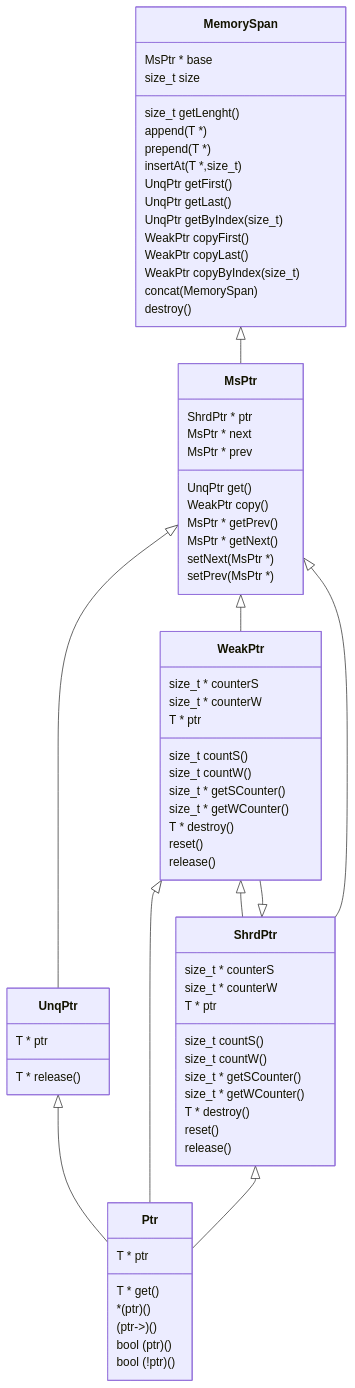
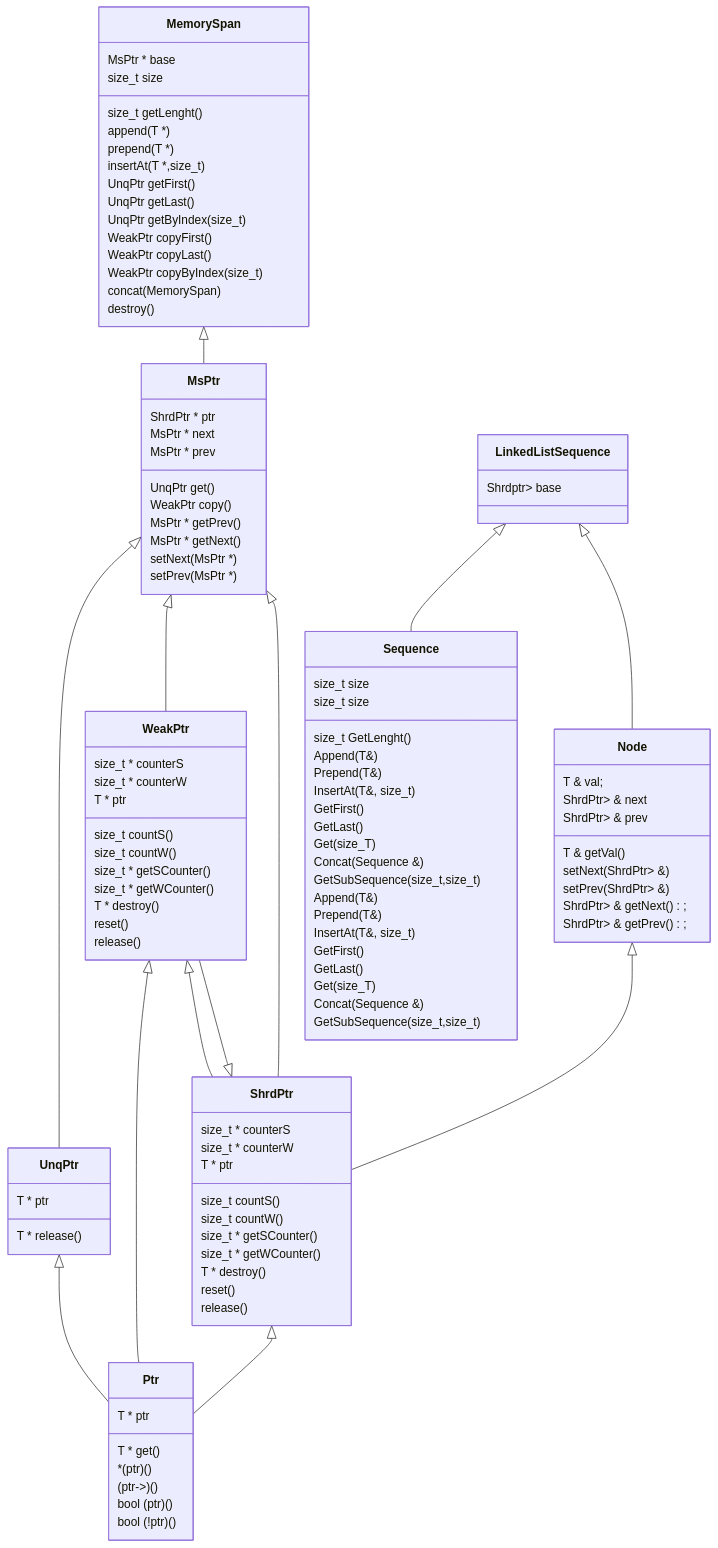
One commit to ogerion/Lab1 changed the diagram in README.md. Above: the diagram before and after it, drawn with Mermaid. The commit also changed other lines of this file, not shown here.

````diff
--- a/README.md
+++ b/README.md
@@ -17,6 +18,9 @@
       MsPtr <|-- UnqPtr
       MsPtr <|-- WeakPtr
       MsPtr <|-- ShrdPtr
+      LinkedListSequence <|-- Sequence
+      LinkedListSequence <|-- Node
+      Node <|-- ShrdPtr
       Ptr : T * ptr
       Ptr: T * get()
       Ptr: *(ptr)()
@@ -79,4 +83,41 @@
 	      concat(MemorySpan<T>)
 	      destroy()
       }
+	class Sequence{
+		size_t size
+		size_t GetLenght()
+		Append(T&)
+		Prepend(T&)
+		InsertAt(T&, size_t)
+		GetFirst()
+		GetLast()
+		Get(size_T)
+		Concat(Sequence &)
+		GetSubSequence(size_t,size_t)
+	}
+	class Node{
+		T & val;
+		ShrdPtr<Node<T>> & next
+		ShrdPtr<Node<T>> & prev
+		T & getVal()
+		setNext(ShrdPtr<Node<T>> &)
+		setPrev(ShrdPtr<Node<T>> &)
+		ShrdPtr<Node<T>> & getNext();
+		ShrdPtr<Node<T>> & getPrev();
+	}
+	class LinkedListSequence{
+		Shrdptr<Node<T>> base
+		
+	}
+	class Sequence{
+		size_t size
+		Append(T&)
+		Prepend(T&)
+		InsertAt(T&, size_t)
+		GetFirst()
+		GetLast()
+		Get(size_T)
+		Concat(Sequence &)
+		GetSubSequence(size_t,size_t)
+	}
 ```
````
